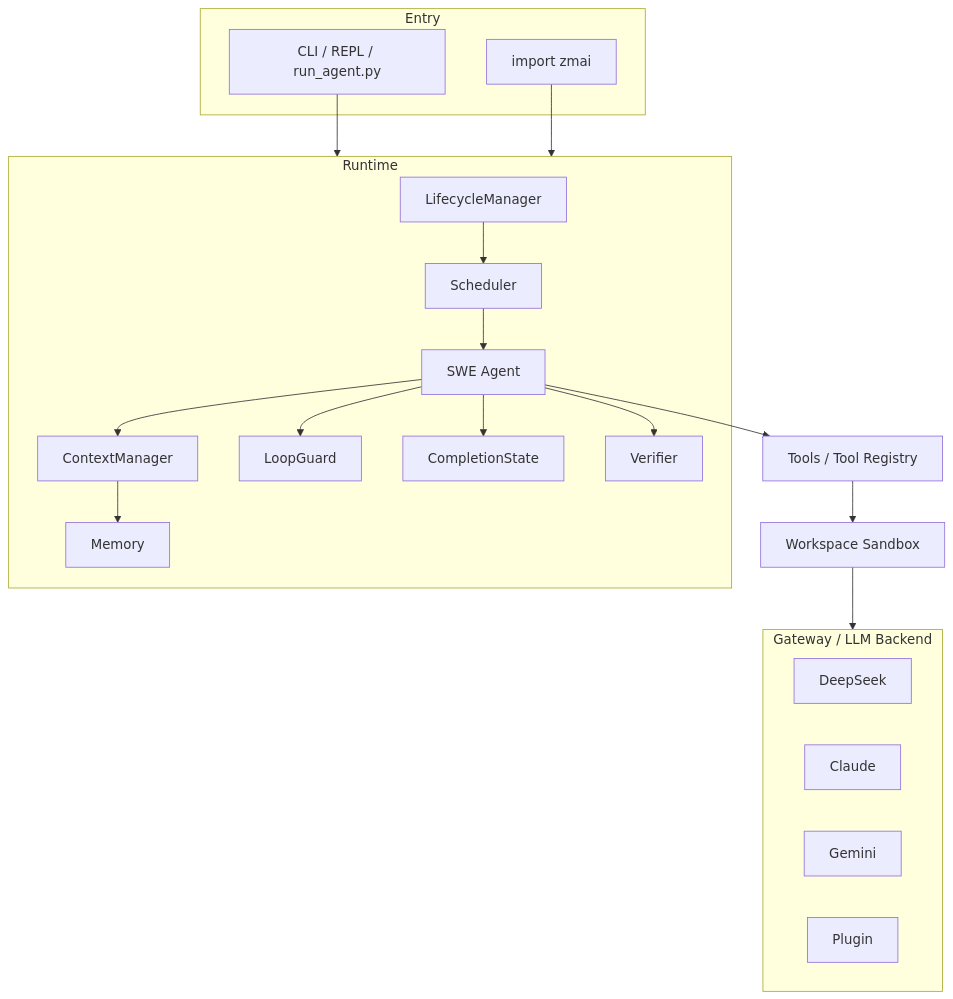
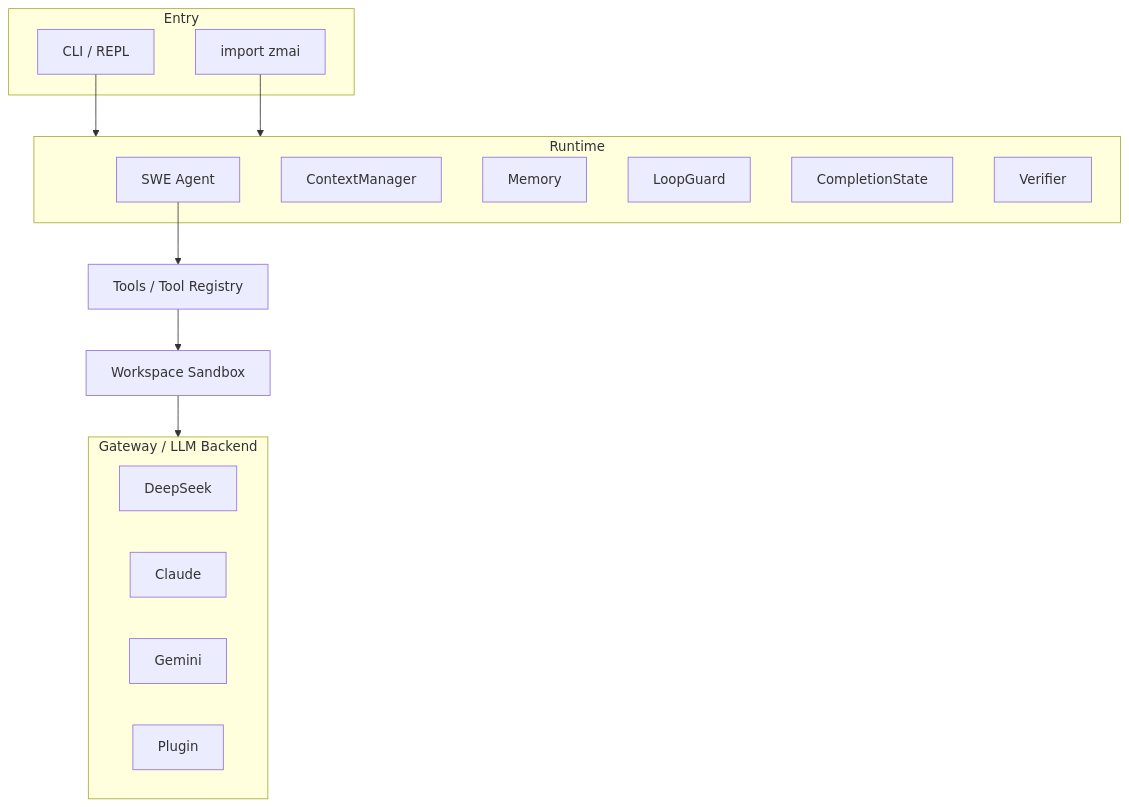
One commit to lip20041219/zmai changed the diagram in README.md. Above: the diagram before and after it, drawn with Mermaid. The commit also changed other lines of this file and 1 other file, not shown here.

````diff
--- a/README.md
+++ b/README.md
@@ -185,30 +67,29 @@
 ```mermaid
 graph TB
     subgraph Entry
-        CLI[CLI / REPL / run_agent.py]
+        CLI[CLI / REPL]
         API[import zmai]
     end
     CLI --> RT
     API --> RT
 
     subgraph RT[Runtime]
-        LC[LifecycleManager] --> SC[Scheduler]
-        SC --> SWE[SWE Agent]
-        SWE --> CM[ContextManager]
-        CM --> MM[Memory]
-        SWE --> LG[LoopGuard]
-        SWE --> CS[CompletionState]
-        SWE --> VF[Verifier]
+        SWE[SWE Agent]
+        CM[ContextManager]
+        MM[Memory]
+        LG[LoopGuard]
+        CS[CompletionState]
+        VF[Verifier]
     end
 
     SWE --> TR[Tools / Tool Registry]
     TR --> WS[Workspace Sandbox]
     WS --> GW[Gateway]
 
     subgraph GW[Gateway / LLM Backend]
         DS[DeepSeek]
         CL[Claude]
         GE[Gemini]
         PL[Plugin]
     end
 ```
````
